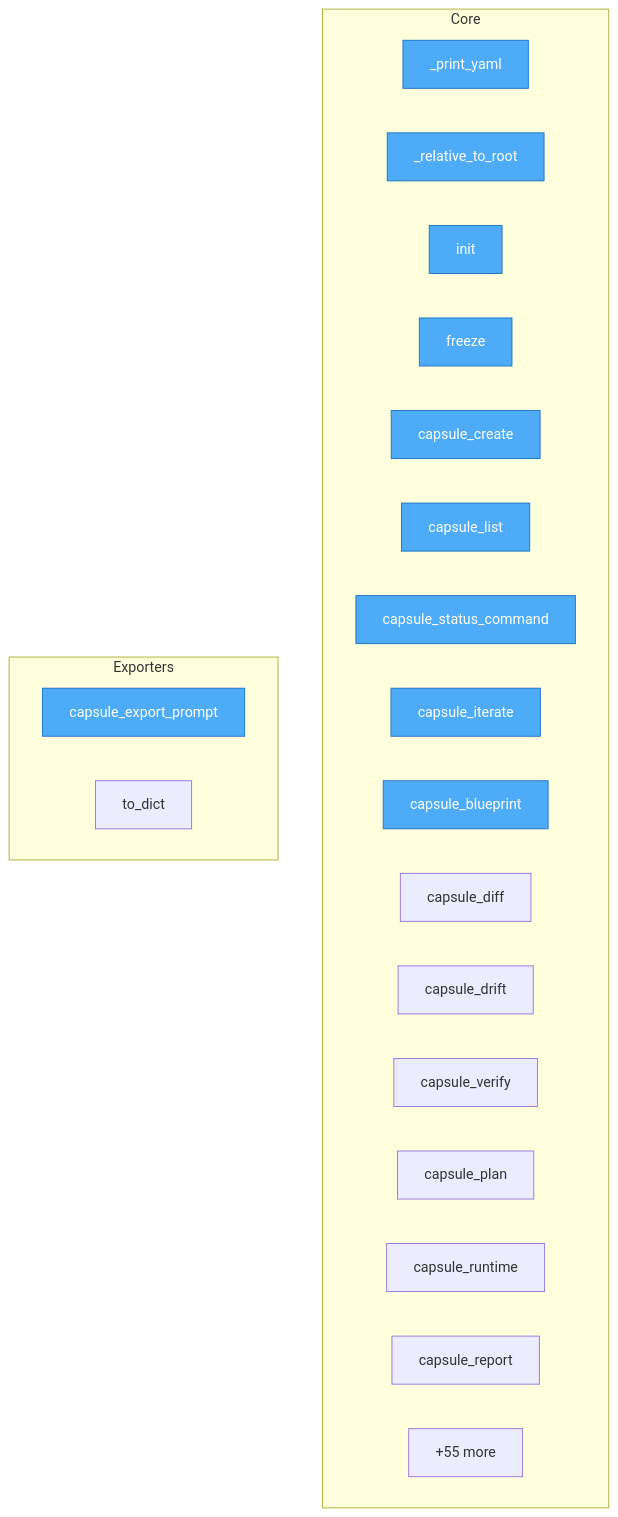
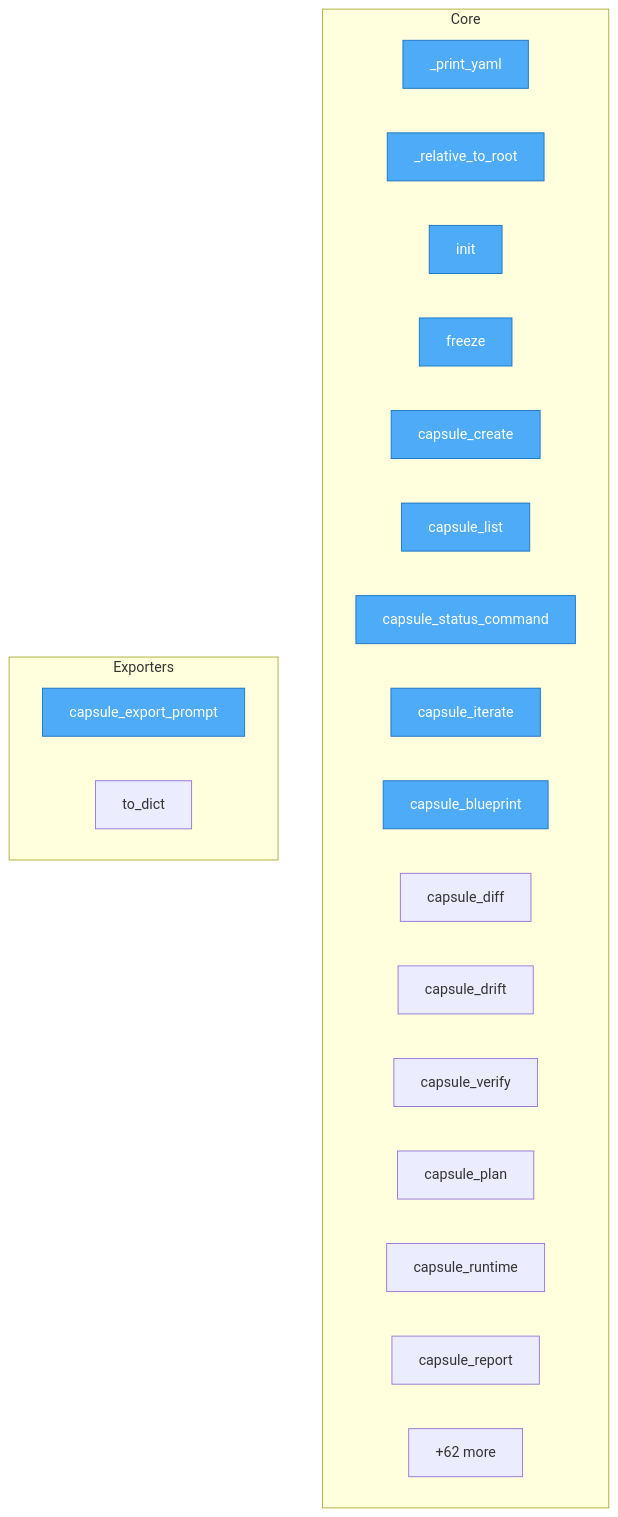
Before and after one commit to autogrammar/nexu: the diagram in project/flow.mmd, drawn with Mermaid. The commit also changed 57 other files, not shown here.

```diff
--- a/project/flow.mmd
+++ b/project/flow.mmd
@@ -1,31 +1,31 @@
 flowchart TD
-%% generated in 0.01s
+%% generated in 0.02s
 
     %% Entry points (blue)
     classDef entry fill:#4dabf7,stroke:#1971c2,color:#fff
 
     subgraph Core
         src__nexu__cli___print_yaml["_print_yaml"]
         src__nexu__cli___relative_to_root["_relative_to_root"]
         src__nexu__cli__init["init"]
         src__nexu__cli__freeze["freeze"]
         src__nexu__cli__capsule_create["capsule_create"]
         src__nexu__cli__capsule_list["capsule_list"]
         src__nexu__cli__capsule_status_command["capsule_status_command"]
         src__nexu__cli__capsule_iterate["capsule_iterate"]
         src__nexu__cli__capsule_blueprint["capsule_blueprint"]
         src__nexu__cli__capsule_diff["capsule_diff"]
         src__nexu__cli__capsule_drift["capsule_drift"]
         src__nexu__cli__capsule_verify["capsule_verify"]
         src__nexu__cli__capsule_plan["capsule_plan"]
         src__nexu__cli__capsule_runtime["capsule_runtime"]
         src__nexu__cli__capsule_report["capsule_report"]
-        ...["+55 more"]
+        ...["+62 more"]
     end
 
     subgraph Exporters
         src__nexu__cli__capsule_export_prompt["capsule_export_prompt"]
         src__vico__models__PromptExport__to_dict["to_dict"]
     end
 
     class src__nexu__cli___print_yaml,src__nexu__cli___relative_to_root,src__nexu__cli__init,src__nexu__cli__freeze,src__nexu__cli__capsule_create,src__nexu__cli__capsule_list,src__nexu__cli__capsule_status_command,src__nexu__cli__capsule_iterate,src__nexu__cli__capsule_blueprint,src__nexu__cli__capsule_export_prompt entry
```
